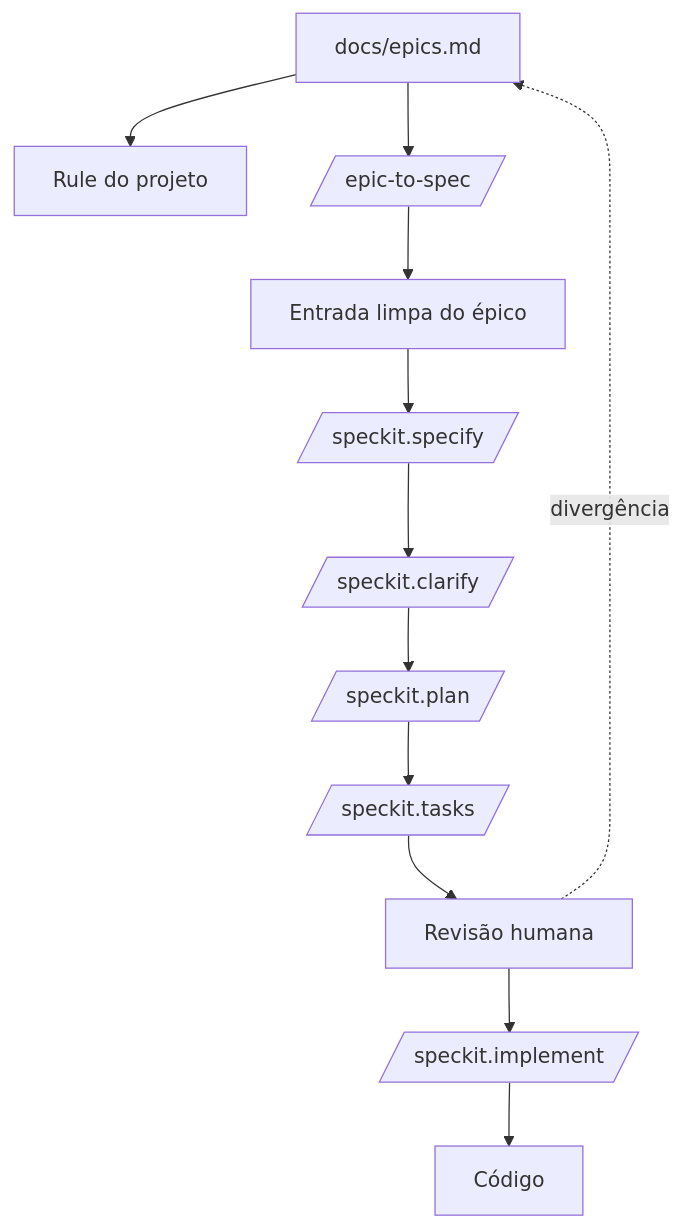
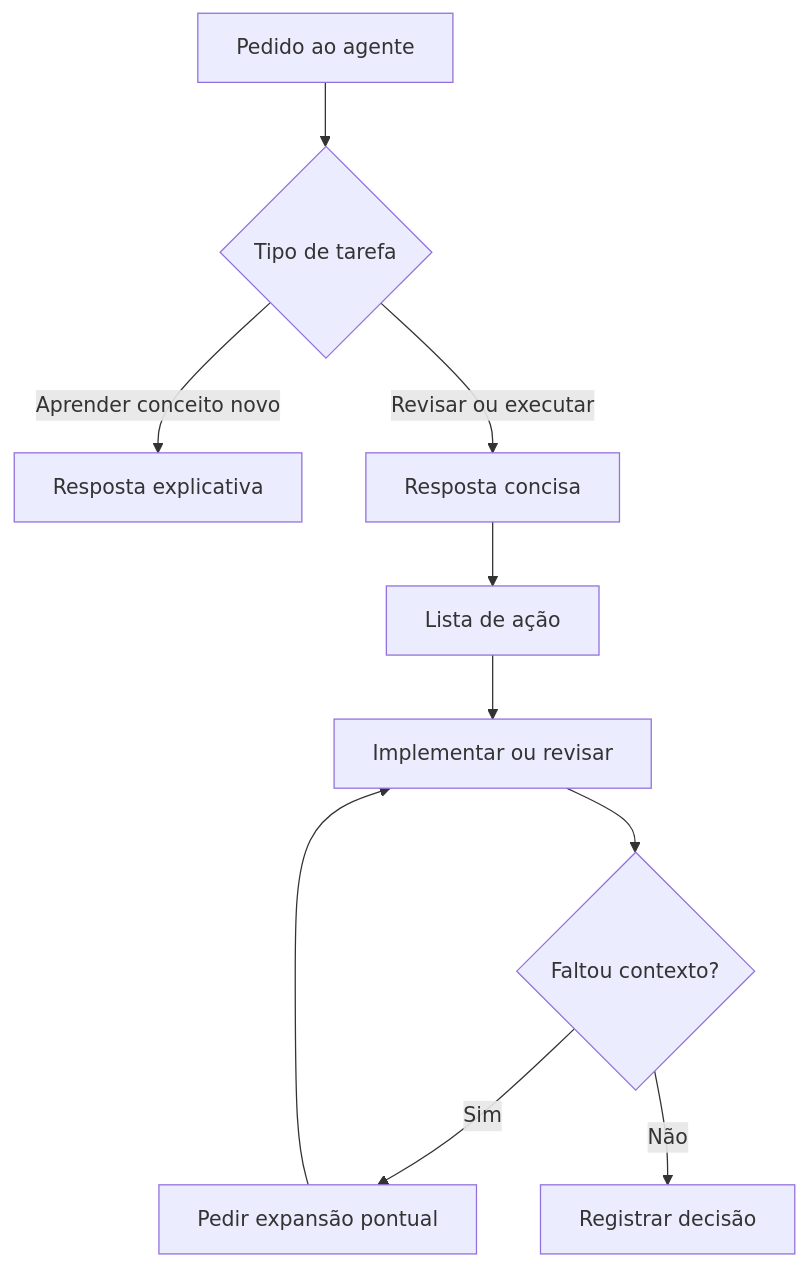
The diagram in docs/plano-de-aula/aulas/aula-12-2026-11-09.md (paulossjunior/aula-extensao), drawn with Mermaid before and after one commit. The commit also changed other lines of this file and 18 other files, not shown here.

````diff
--- a/docs/plano-de-aula/aulas/aula-12-2026-11-09.md
+++ b/docs/plano-de-aula/aulas/aula-12-2026-11-09.md
@@ -357,14 +488,12 @@
 ```mermaid
 flowchart TD
-    A[docs/epics.md] --> B[Rule do projeto]
-    A --> C[/epic-to-spec/]
-    C --> D[Entrada limpa do épico]
-    D --> E[/speckit.specify/]
-    E --> F[/speckit.clarify/]
-    F --> G[/speckit.plan/]
-    G --> H[/speckit.tasks/]
-    H --> I[Revisão humana]
-    I --> J[/speckit.implement/]
-    J --> K[Código]
-    I -. divergência .-> A
+    A[Pedido ao agente] --> B{Tipo de tarefa}
+    B -->|Aprender conceito novo| C[Resposta explicativa]
+    B -->|Revisar ou executar| D[Resposta concisa]
+    D --> E[Lista de ação]
+    E --> F[Implementar ou revisar]
+    F --> G{Faltou contexto?}
+    G -->|Sim| H[Pedir expansão pontual]
+    G -->|Não| I[Registrar decisão]
+    H --> F
 ```
````
